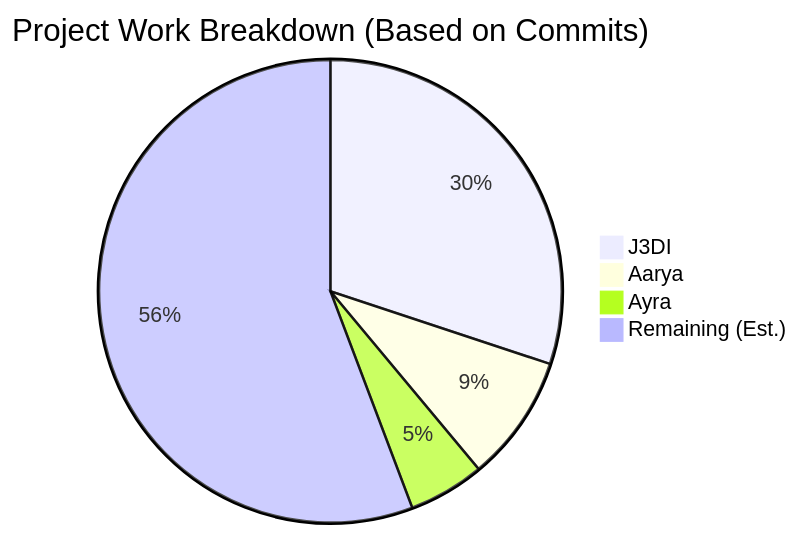
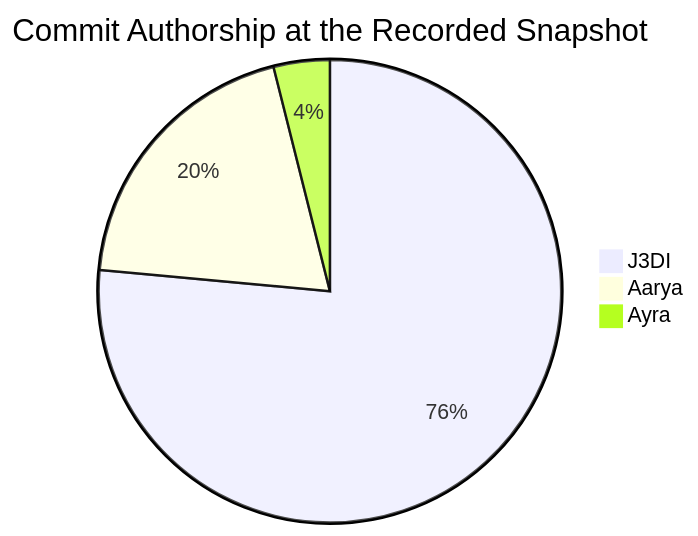
Before and after one commit to J3DI-19/Sentinel: the diagram in docs/Contributions.md, drawn with Mermaid. The commit also changed other lines of this file and 2 other files, not shown here.

Commit message:
docs: reconcile roadmap and contributions

````diff
--- a/docs/Contributions.md
+++ b/docs/Contributions.md
@@ -7,7 +12,6 @@
 ```mermaid
-pie title Project Work Breakdown (Based on Commits)
-    "J3DI" : 34
+pie title Commit Authorship at the Recorded Snapshot
+    "J3DI" : 39
     "Aarya" : 10
-    "Ayra" : 6
-    "Remaining (Est.)" : 63
+    "Ayra" : 2
 ```
````
